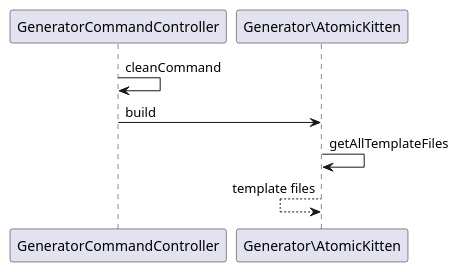
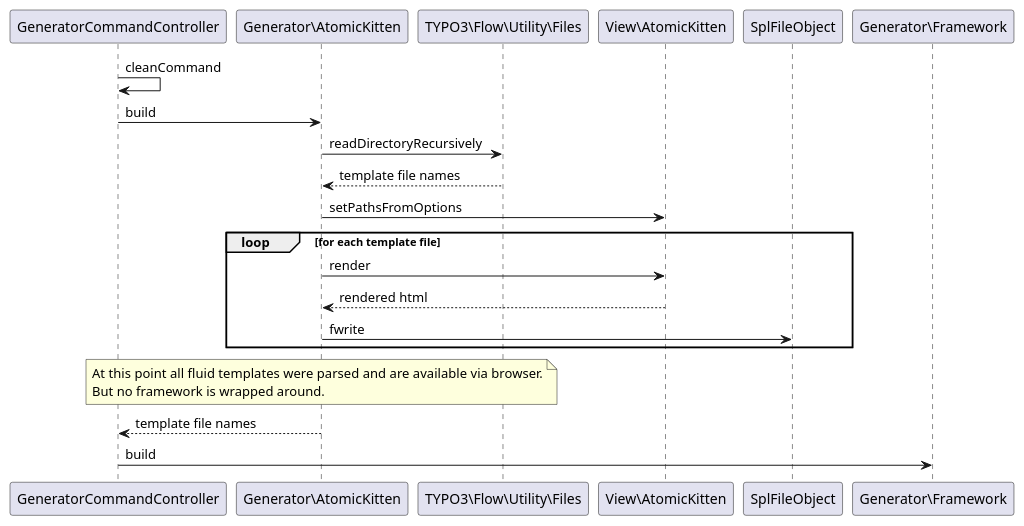
One commit to DanielSiepmann/AtomicKitten.Framework changed the diagram in Documentation/Uml/GenerationSequenze.plantuml. Above: the diagram before and after it, drawn with PlantUML. The commit also changed 4 other files, not shown here.

First line of the commit message:
[WIP][FEATURE] Provide uml for implementation

```diff
--- a/Documentation/Uml/GenerationSequenze.plantuml
+++ b/Documentation/Uml/GenerationSequenze.plantuml
@@ -1,8 +1,20 @@
 @startuml
 
-GeneratorCommandController -> GeneratorCommandController: cleanCommand
+"GeneratorCommandController" -> "GeneratorCommandController": cleanCommand
 GeneratorCommandController -> "Generator\AtomicKitten": build
-"Generator\AtomicKitten" -> "Generator\AtomicKitten": getAllTemplateFiles
-"Generator\AtomicKitten" <-- "Generator\AtomicKitten": template files
+"Generator\AtomicKitten" -> "TYPO3\Flow\Utility\Files": readDirectoryRecursively
+"Generator\AtomicKitten" <-- "TYPO3\Flow\Utility\Files": template file names
+"Generator\AtomicKitten" -> "View\AtomicKitten": setPathsFromOptions
+loop for each template file
+    "Generator\AtomicKitten" -> "View\AtomicKitten": render
+    "Generator\AtomicKitten" <-- "View\AtomicKitten": rendered html
+    "Generator\AtomicKitten" -> "SplFileObject": fwrite
+end
+
+note over "Generator\AtomicKitten": At this point all fluid templates were parsed and are available via browser.\nBut no framework is wrapped around.
+
+"GeneratorCommandController" <-- "Generator\AtomicKitten": template file names
+
+"GeneratorCommandController" -> "Generator\Framework": build
 
 @enduml
```
